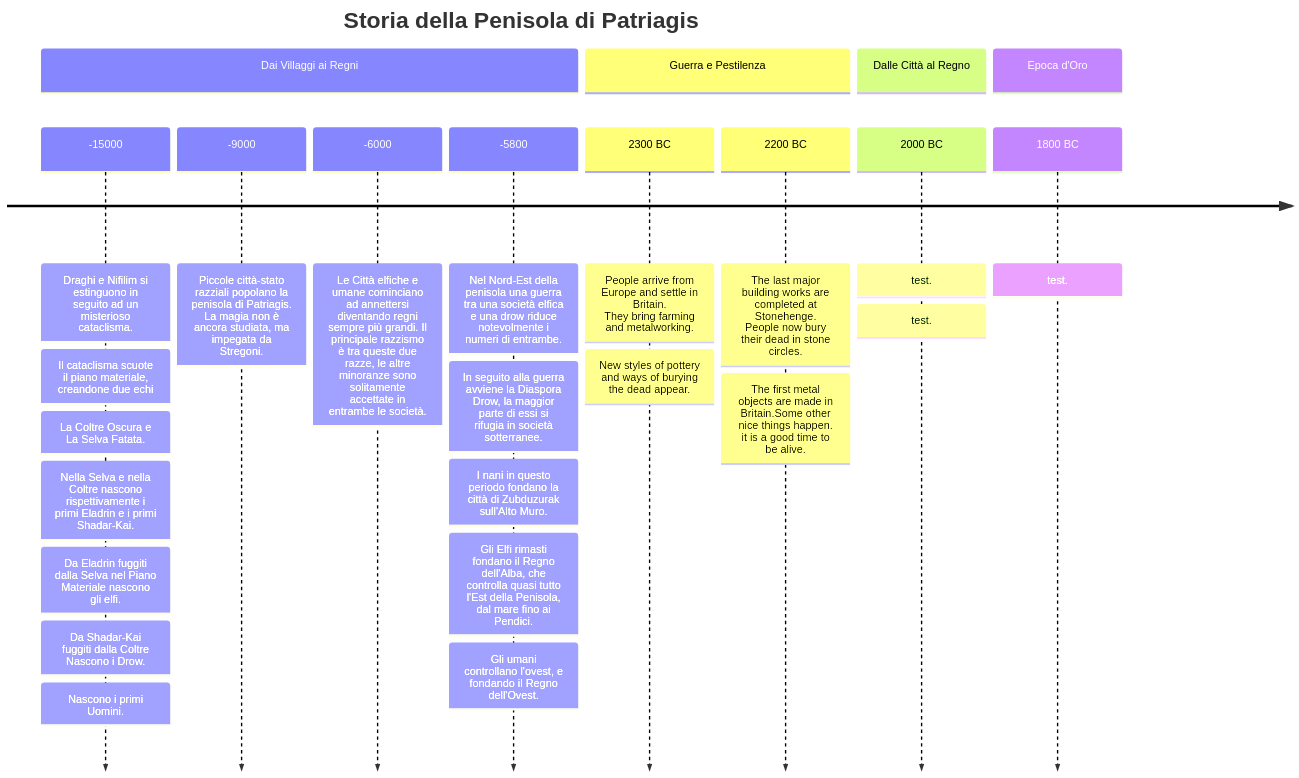
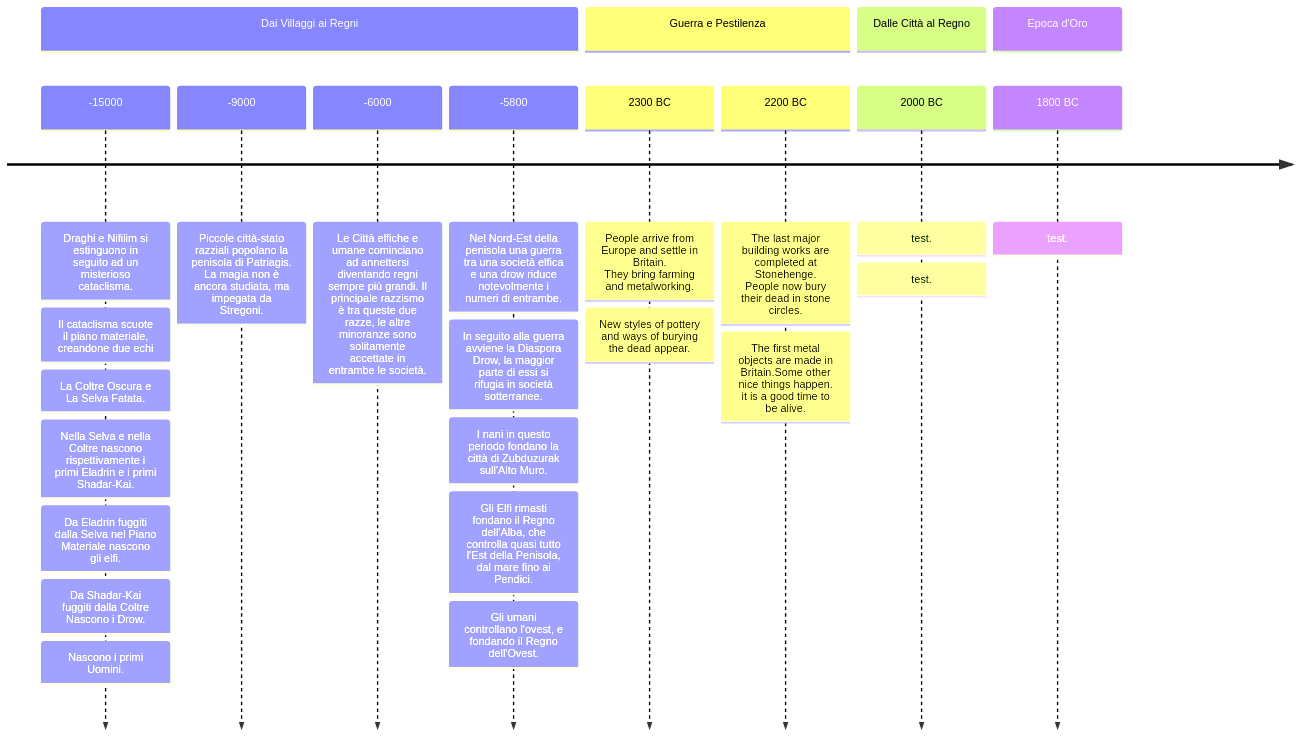
The diagram in content/Storia della Penisola di Patriagis.md (michelepapucci/explore-patriagis), drawn with Mermaid before and after one commit. The commit also changed other lines of this file, not shown here.

````diff
--- a/content/Storia della Penisola di Patriagis.md
+++ b/content/Storia della Penisola di Patriagis.md
@@ -2,28 +2,28 @@
 ```mermaid
 timeline
-        title Storia della Penisola di Patriagis
+        title   
         section Dai Villaggi ai Regni
         -15000 : Draghi e Nifilim si estinguono in seguito ad un misterioso cataclisma.
 			    : Il cataclisma scuote il piano materiale, creandone due echi: La Coltre Oscura e La Selva  Fatata.
 				: Nella Selva e nella Coltre nascono rispettivamente i primi Eladrin e i primi Shadar-Kai.
 				: Da Eladrin fuggiti dalla Selva nel Piano Materiale nascono gli elfi.
 				: Da Shadar-Kai fuggiti dalla Coltre Nascono i Drow.
 				: Nascono i primi Uomini. 	
 		-9000: Piccole città-stato razziali popolano la penisola di Patriagis. La magia non è ancora studiata, ma impegata da Stregoni.
 		-6000: Le Città elfiche e umane cominciano ad annettersi diventando regni sempre più grandi. Il principale razzismo è tra queste due razze, le altre minoranze sono solitamente accettate in entrambe le società. 
 		-5800: Nel Nord-Est della penisola una guerra tra una società elfica e una drow riduce notevolmente i numeri di entrambe.
 			: In seguito alla guerra avviene la Diaspora Drow, la maggior parte di essi si rifugia in società sotterranee. 
 			: I nani in questo periodo fondano la città di Zubduzurak sull'Alto Muro. 
 			: Gli Elfi rimasti fondano il Regno dell'Alba, che controlla quasi tutto l'Est della Penisola, dal mare fino ai Pendici. 
 			: Gli umani controllano l'ovest, e fondando il Regno dell'Ovest.
         section Guerra e Pestilenza
           2300 BC : People arrive from Europe and settle in Britain. <br>They bring farming and metalworking.
                   : New styles of pottery and ways of burying the dead appear.
           2200 BC : The last major building works are completed at Stonehenge.<br> People now bury their dead in stone circles.
                   : The first metal objects are made in Britain.Some other nice things happen. it is a good time to be alive.
 	    section Dalle Città al Regno
 			2000 BC : test.
 					: test.	    
 	    section Epoca d'Oro
 			1800 BC : test.
 ```
````
